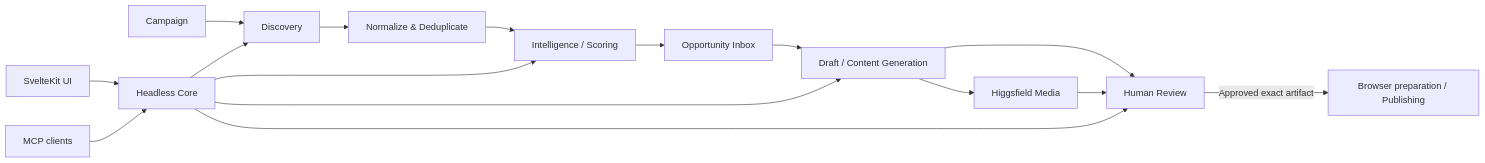
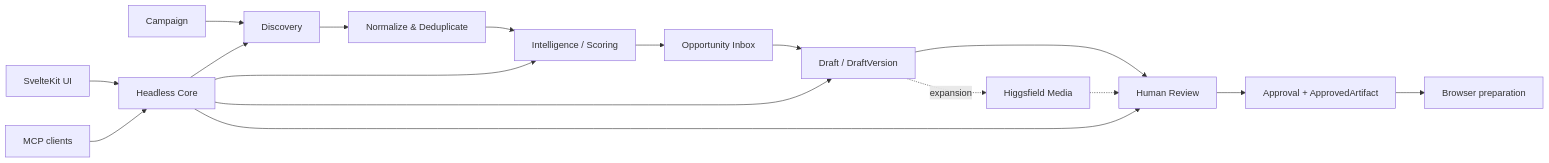
Before and after one commit to harihkim/aptori_outreach: the diagram in social_intelligence_markdown/docs/README.md, drawn with Mermaid. The commit also changed other lines of this file and 37 other files, not shown here.

````diff
--- a/social_intelligence_markdown/docs/README.md
+++ b/social_intelligence_markdown/docs/README.md
@@ -9,19 +9,20 @@
 ```mermaid
 flowchart LR
     C[Campaign] --> D[Discovery]
     D --> N[Normalize & Deduplicate]
     N --> I[Intelligence / Scoring]
     I --> O[Opportunity Inbox]
-    O --> G[Draft / Content Generation]
+    O --> G[Draft / DraftVersion]
     G --> H[Human Review]
-    H -->|Approved exact artifact| P[Browser preparation / Publishing]
-    G --> M[Higgsfield Media]
-    M --> H
+    H --> A[Approval + ApprovedArtifact]
+    A --> P[Browser preparation]
+    G -. expansion .-> M[Higgsfield Media]
+    M -.-> H
 
     UI[SvelteKit UI] --> API[Headless Core]
     MCP[MCP clients] --> API
     API --> D
     API --> I
     API --> G
     API --> H
 ```
````
